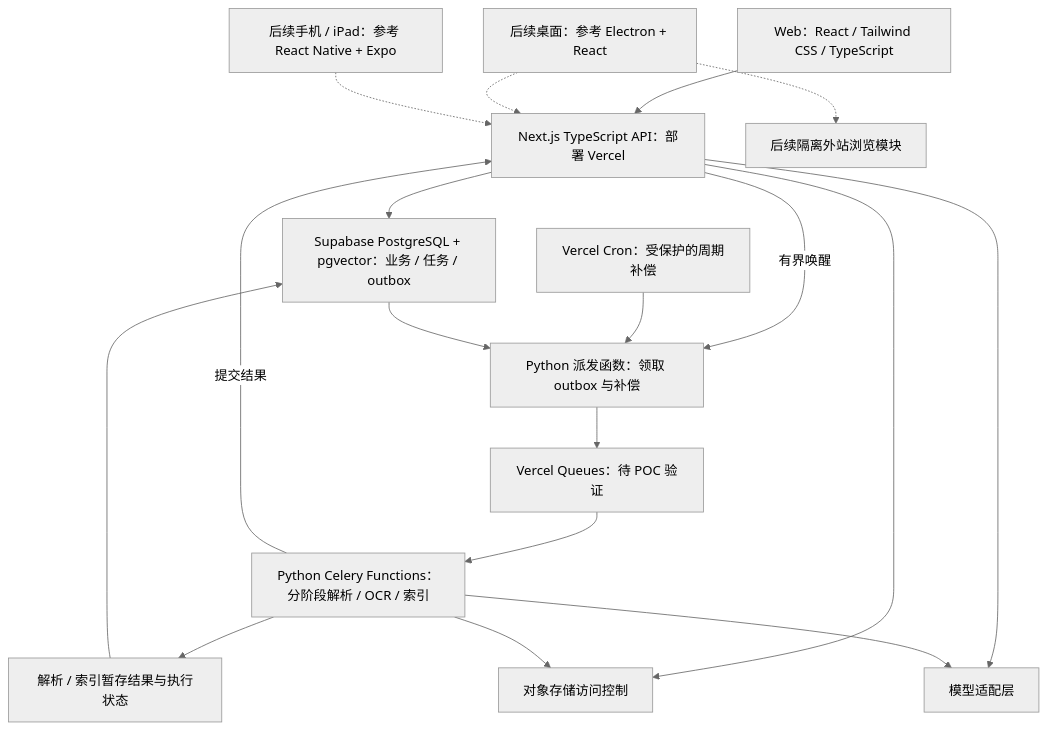
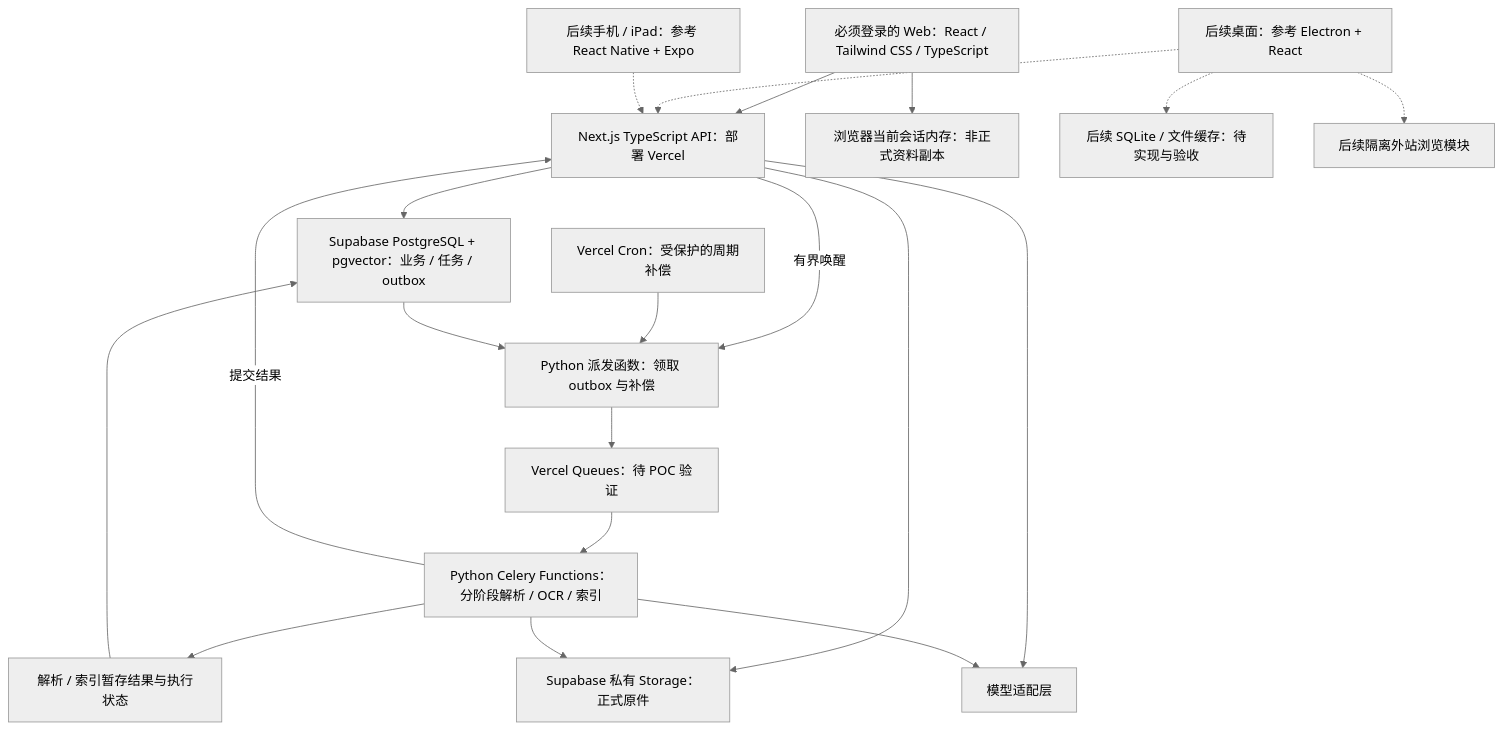
Before and after one commit to DingxinTao0417/conuo: the diagram in docs/TECH_STACK.md, drawn with Mermaid (neutral theme). The commit also changed other lines of this file and 28 other files, not shown here.

````diff
--- a/docs/TECH_STACK.md
+++ b/docs/TECH_STACK.md
@@ -72,20 +98,22 @@
 ```mermaid
 flowchart TD
-    Web[Web：React / Tailwind CSS / TypeScript] --> API[Next.js TypeScript API：部署 Vercel]
+    Web[必须登录的 Web：React / Tailwind CSS / TypeScript] --> API[Next.js TypeScript API：部署 Vercel]
+    Web --> Session[浏览器当前会话内存：非正式资料副本]
     Desktop[后续桌面：参考 Electron + React] -.-> API
+    Desktop -.-> DesktopLocal[后续 SQLite / 文件缓存：待实现与验收]
     Mobile[后续手机 / iPad：参考 React Native + Expo] -.-> API
     Desktop -.-> Browser[后续隔离外站浏览模块]
     API --> DB[Supabase PostgreSQL + pgvector：业务 / 任务 / outbox]
-    API --> Storage[对象存储访问控制]
+    API --> Storage[Supabase 私有 Storage：正式原件]
     API --> Model[模型适配层]
     API -->|有界唤醒| Dispatcher[Python 派发函数：领取 outbox 与补偿]
     Cron[Vercel Cron：受保护的周期补偿] --> Dispatcher
     DB --> Dispatcher
     Dispatcher --> Queue[Vercel Queues：待 POC 验证]
     Queue --> Worker[Python Celery Functions：分阶段解析 / OCR / 索引]
     Worker --> Stage[解析 / 索引暂存结果与执行状态]
     Stage --> DB
     Worker -->|提交结果| API
     Worker --> Storage
     Worker --> Model
 ```
````
